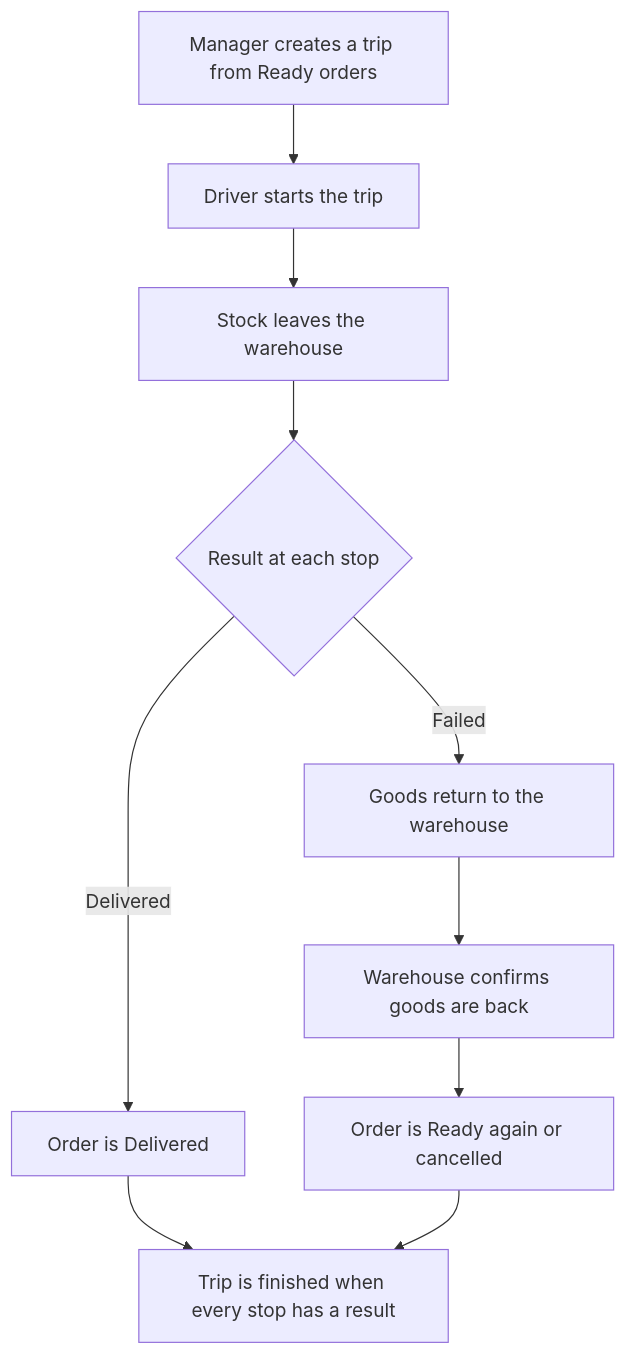
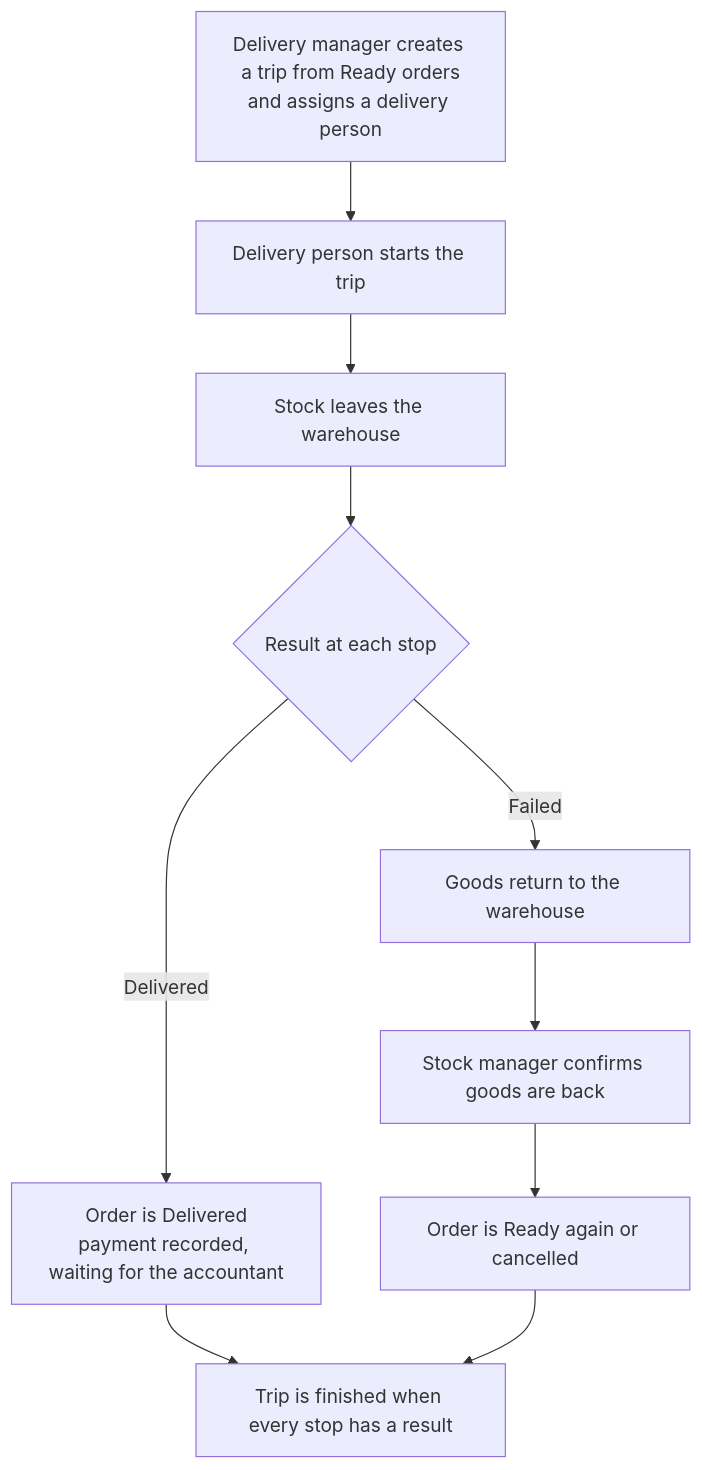
The diagram in docs/sub-plans/06-delivery.md (AhmedElnagarUU/Cosmo), drawn with Mermaid before and after one commit. The commit also changed other lines of this file and 33 other files, not shown here.

First line of the commit message:
Update plan: manual order acceptance, new roles, payment confirmation

````diff
--- a/docs/sub-plans/06-delivery.md
+++ b/docs/sub-plans/06-delivery.md
@@ -39,12 +42,12 @@
 ```mermaid
 flowchart TD
-    A[Manager creates a trip from Ready orders] --> B[Driver starts the trip]
+    A[Delivery manager creates a trip from Ready orders<br/>and assigns a delivery person] --> B[Delivery person starts the trip]
     B --> C[Stock leaves the warehouse]
     C --> D{Result at each stop}
-    D -- Delivered --> E[Order is Delivered]
+    D -- Delivered --> E[Order is Delivered<br/>payment recorded, waiting for the accountant]
     D -- Failed --> F[Goods return to the warehouse]
-    F --> G[Warehouse confirms goods are back]
+    F --> G[Stock manager confirms goods are back]
     G --> H[Order is Ready again or cancelled]
     E --> I[Trip is finished when every stop has a result]
     H --> I
 ```
````
